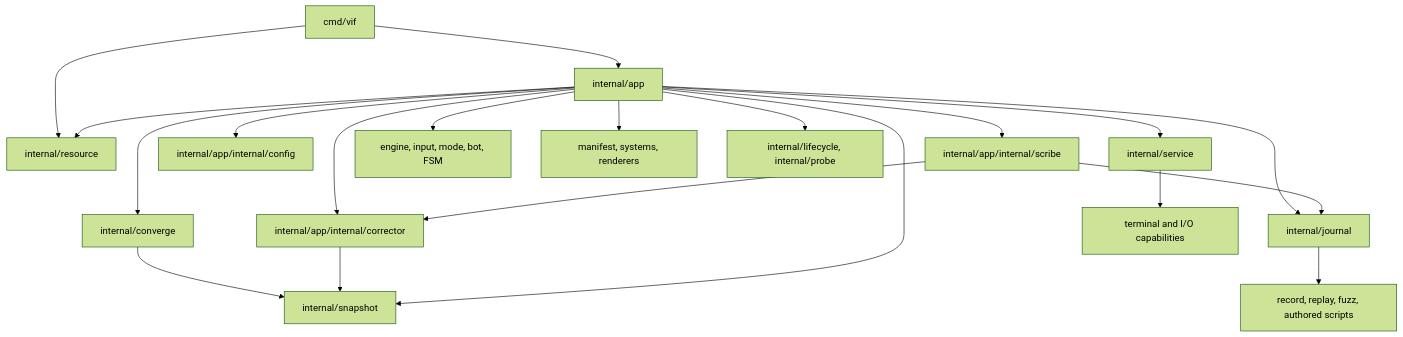
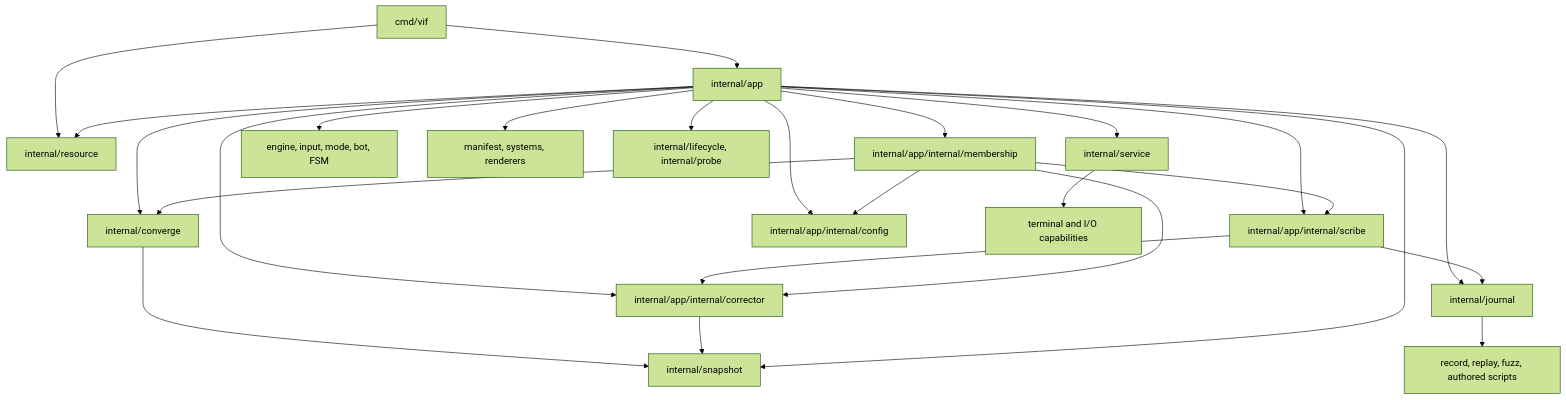
The first of 4 diagrams in doc/package-map.md (lixenwraith/vif), drawn with Mermaid (forest theme) before and after one commit. The commit also changed other lines of this file and 56 other files, not shown here.

First line of the commit message:
app: the membership moves to internal/app/internal/membership, its seats' runs and journals to the App (#1022)

````diff
--- a/doc/package-map.md
+++ b/doc/package-map.md
@@ -9,22 +9,27 @@
 ```mermaid
 flowchart TD
     Vif["cmd/vif"] --> App["internal/app"]
     Vif --> Resource["internal/resource"]
     App --> Resource
     App --> Converge["internal/converge"]
     App --> Corrector["internal/app/internal/corrector"]
     App --> Scribe["internal/app/internal/scribe"]
     App --> Config["internal/app/internal/config"]
+    App --> Membership["internal/app/internal/membership"]
     Scribe --> Corrector
+    Membership --> Corrector
+    Membership --> Scribe
+    Membership --> Config
+    Membership --> Converge
     Converge --> Snapshot["internal/snapshot"]
     Corrector --> Snapshot
     App --> Snapshot
     App --> Services["internal/service"]
     App --> Runtime["engine, input, mode, bot, FSM"]
     App --> Assembly["manifest, systems, renderers"]
     App --> Journal["internal/journal"]
     Scribe --> Journal
     App --> Supervised["internal/lifecycle, internal/probe"]
     Journal --> Streams["record, replay, fuzz, authored scripts"]
     Services --> External["terminal and I/O capabilities"]
 ```
````
